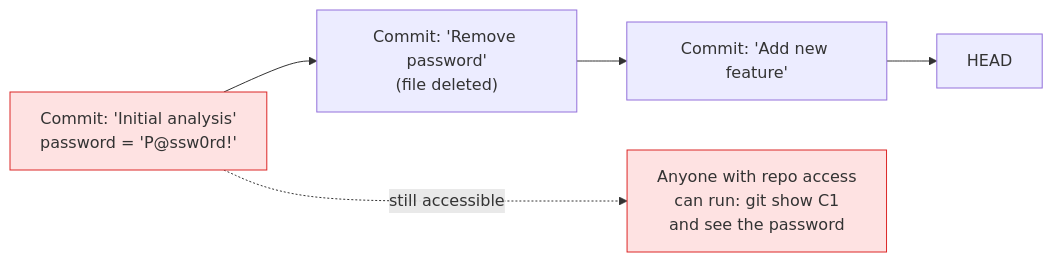
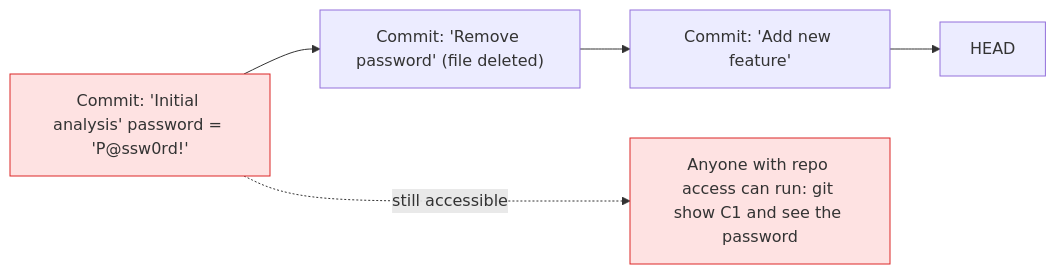
Before and after one commit to Ch3w3y/docker_gcp: the diagram in docs/code-sanitisation.md, drawn with Mermaid. The commit also changed 10 other files, not shown here.

First line of the commit message:
Fix mermaid diagram rendering: replace literal \n with spaces

````diff
--- a/docs/code-sanitisation.md
+++ b/docs/code-sanitisation.md
@@ -15,14 +15,14 @@
 ```mermaid
 flowchart LR
-    C1["Commit: 'Initial analysis'\npassword = 'P@ssw0rd!'"] --> C2
-    C2["Commit: 'Remove password'\n(file deleted)"] --> C3
+    C1["Commit: 'Initial analysis' password = 'P@ssw0rd!'"] --> C2
+    C2["Commit: 'Remove password' (file deleted)"] --> C3
     C3["Commit: 'Add new feature'"] --> C4
     C4["HEAD"]
 
-    BAD["Anyone with repo access\ncan run: git show C1\nand see the password"]
+    BAD["Anyone with repo access can run: git show C1 and see the password"]
 
     C1 -..->|"still accessible"| BAD
 
     style C1 fill:#fee2e2,stroke:#dc2626
     style BAD fill:#fee2e2,stroke:#dc2626
 ```
````
